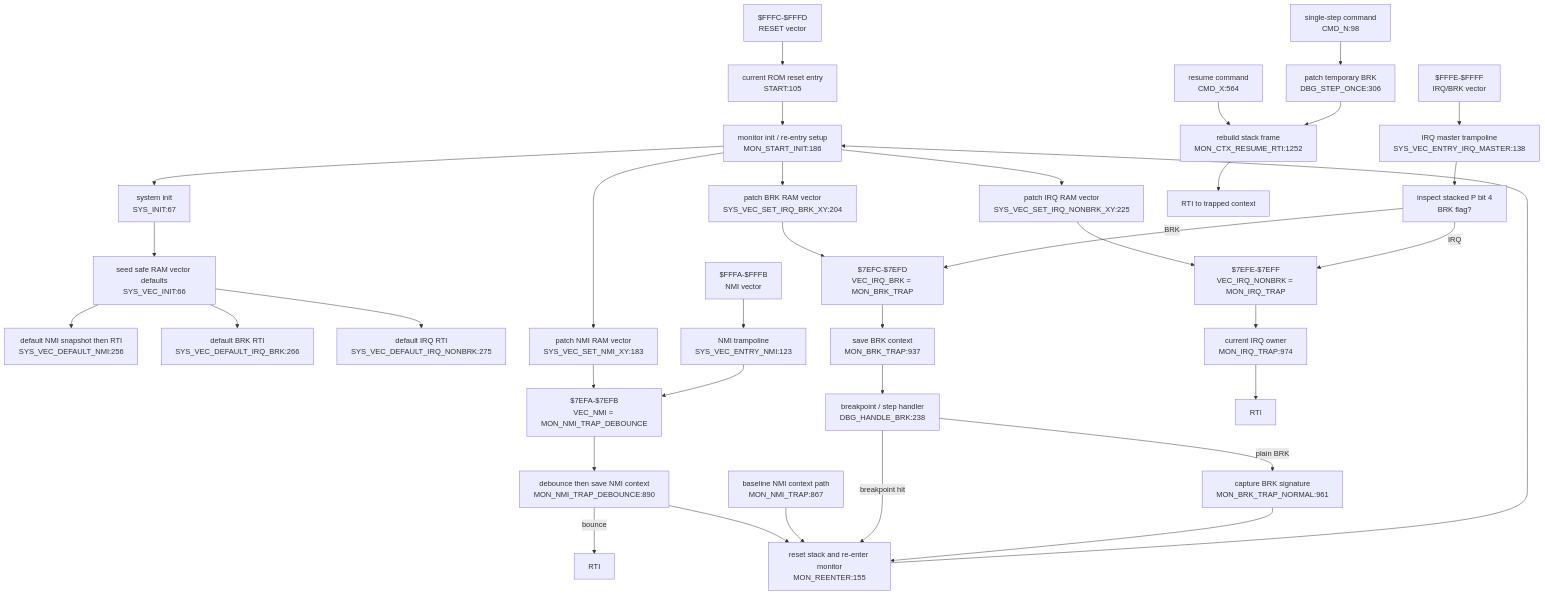
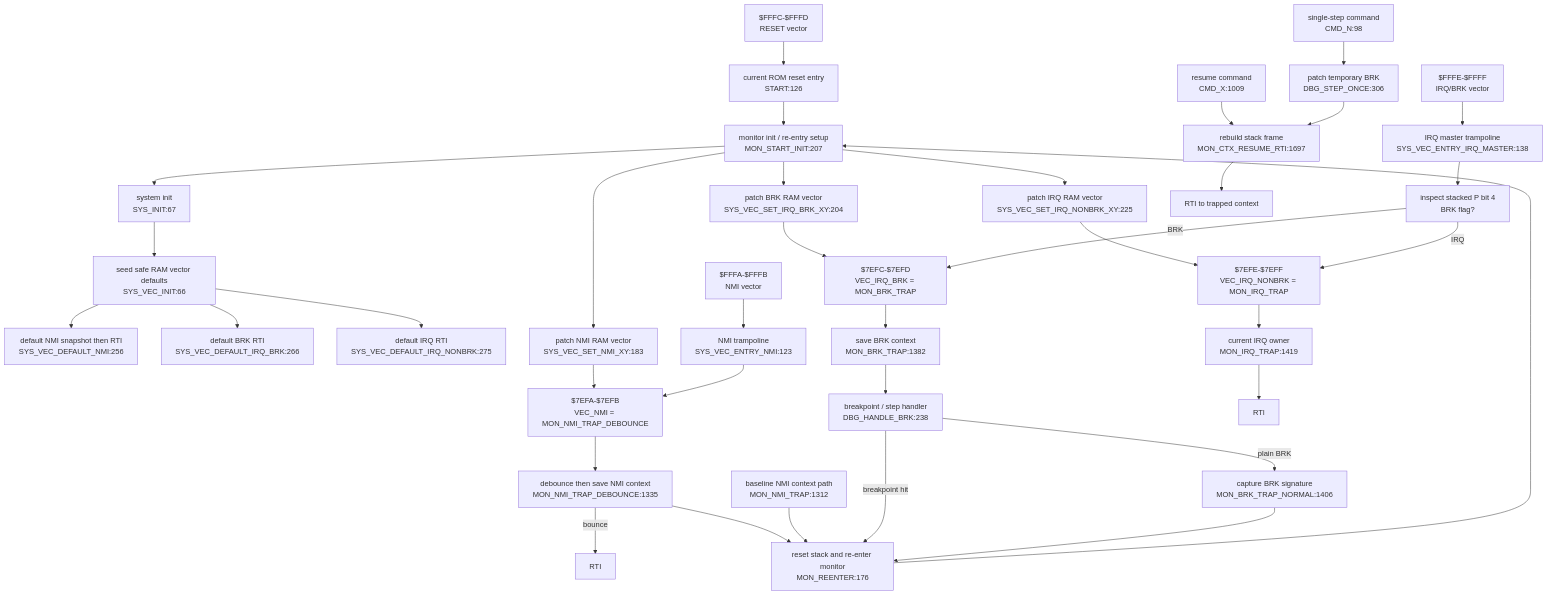
One commit to 95westus/R-YORS changed the diagram in DOC/GENERATED/INTERRUPT_VECTOR_MAP.md. Above: the diagram before and after it, drawn with Mermaid. The commit also changed other lines of this file and 126 other files, not shown here.

````diff
--- a/DOC/GENERATED/INTERRUPT_VECTOR_MAP.md
+++ b/DOC/GENERATED/INTERRUPT_VECTOR_MAP.md
@@ -25,42 +25,42 @@
 ```mermaid
 flowchart TD
-    RESETV["$FFFC-$FFFD<br/>RESET vector"] --> STARTN["current ROM reset entry<br/>START:105"]
-    STARTN --> INIT["monitor init / re-entry setup<br/>MON_START_INIT:186"]
+    RESETV["$FFFC-$FFFD<br/>RESET vector"] --> STARTN["current ROM reset entry<br/>START:126"]
+    STARTN --> INIT["monitor init / re-entry setup<br/>MON_START_INIT:207"]
     INIT --> SYSINIT["system init<br/>SYS_INIT:67"]
     SYSINIT --> VECINIT["seed safe RAM vector defaults<br/>SYS_VEC_INIT:66"]
     VECINIT --> DEFNMI["default NMI snapshot then RTI<br/>SYS_VEC_DEFAULT_NMI:256"]
     VECINIT --> DEFBRK["default BRK RTI<br/>SYS_VEC_DEFAULT_IRQ_BRK:266"]
     VECINIT --> DEFIRQ["default IRQ RTI<br/>SYS_VEC_DEFAULT_IRQ_NONBRK:275"]
 
     INIT --> SETNMI["patch NMI RAM vector<br/>SYS_VEC_SET_NMI_XY:183"]
     INIT --> SETBRK["patch BRK RAM vector<br/>SYS_VEC_SET_IRQ_BRK_XY:204"]
     INIT --> SETIRQ["patch IRQ RAM vector<br/>SYS_VEC_SET_IRQ_NONBRK_XY:225"]
     SETNMI --> VECNMI["$7EFA-$7EFB<br/>VEC_NMI = MON_NMI_TRAP_DEBOUNCE"]
     SETBRK --> VECBRK["$7EFC-$7EFD<br/>VEC_IRQ_BRK = MON_BRK_TRAP"]
     SETIRQ --> VECIRQ["$7EFE-$7EFF<br/>VEC_IRQ_NONBRK = MON_IRQ_TRAP"]
 
     NMIV["$FFFA-$FFFB<br/>NMI vector"] --> NMIENTRY["NMI trampoline<br/>SYS_VEC_ENTRY_NMI:123"]
     NMIENTRY --> VECNMI
-    VECNMI --> NMITRAP["debounce then save NMI context<br/>MON_NMI_TRAP_DEBOUNCE:890"]
+    VECNMI --> NMITRAP["debounce then save NMI context<br/>MON_NMI_TRAP_DEBOUNCE:1335"]
     NMITRAP -->|bounce| RTINMI["RTI"]
-    NMITRAP --> REENTER["reset stack and re-enter monitor<br/>MON_REENTER:155"]
-    NMIBASE["baseline NMI context path<br/>MON_NMI_TRAP:867"] --> REENTER
+    NMITRAP --> REENTER["reset stack and re-enter monitor<br/>MON_REENTER:176"]
+    NMIBASE["baseline NMI context path<br/>MON_NMI_TRAP:1312"] --> REENTER
     REENTER --> INIT
 
     IRQV["$FFFE-$FFFF<br/>IRQ/BRK vector"] --> IRQMASTER["IRQ master trampoline<br/>SYS_VEC_ENTRY_IRQ_MASTER:138"]
     IRQMASTER --> SPLIT["inspect stacked P bit 4<br/>BRK flag?"]
     SPLIT -->|BRK| VECBRK
     SPLIT -->|IRQ| VECIRQ
-    VECBRK --> BRKTRAP["save BRK context<br/>MON_BRK_TRAP:937"]
+    VECBRK --> BRKTRAP["save BRK context<br/>MON_BRK_TRAP:1382"]
     BRKTRAP --> DBGBRK["breakpoint / step handler<br/>DBG_HANDLE_BRK:238"]
     DBGBRK -->|breakpoint hit| REENTER
-    DBGBRK -->|plain BRK| BRKNORMAL["capture BRK signature<br/>MON_BRK_TRAP_NORMAL:961"]
+    DBGBRK -->|plain BRK| BRKNORMAL["capture BRK signature<br/>MON_BRK_TRAP_NORMAL:1406"]
     BRKNORMAL --> REENTER
-    VECIRQ --> IRQTRAP["current IRQ owner<br/>MON_IRQ_TRAP:974"]
+    VECIRQ --> IRQTRAP["current IRQ owner<br/>MON_IRQ_TRAP:1419"]
     IRQTRAP --> RTIIRQ["RTI"]
 
-    CMDX["resume command<br/>CMD_X:564"] --> RESUME["rebuild stack frame<br/>MON_CTX_RESUME_RTI:1252"]
+    CMDX["resume command<br/>CMD_X:1009"] --> RESUME["rebuild stack frame<br/>MON_CTX_RESUME_RTI:1697"]
     CMDN["single-step command<br/>CMD_N:98"] --> STEP["patch temporary BRK<br/>DBG_STEP_ONCE:306"]
     STEP --> RESUME
     RESUME --> RTIRES["RTI to trapped context"]
 ```
````
